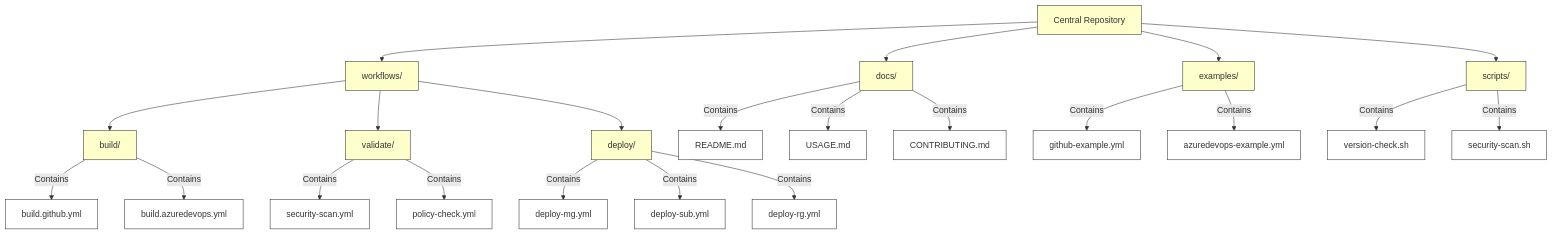
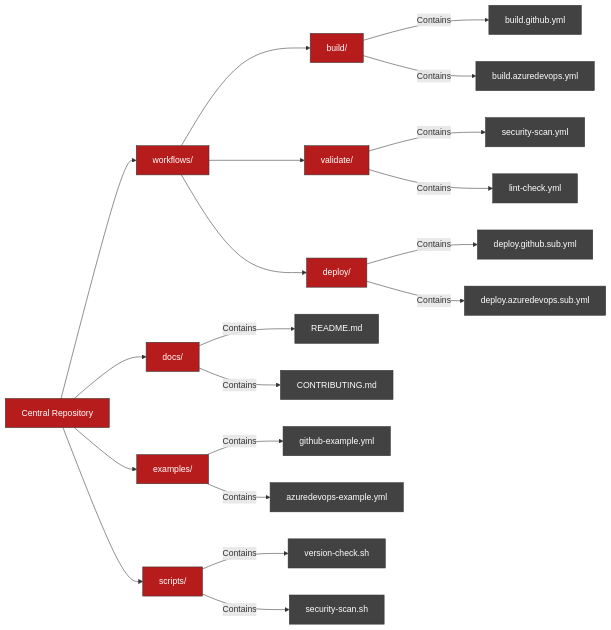
The sixth of 8 diagrams in _posts/2025-03-31-azure-iac-devops-series-central-pipelines.md (tw3lveparsecs/tw3lveparsecs.github.io), drawn with Mermaid before and after one commit. The commit also changed other lines of this file, not shown here.

````diff
--- a/_posts/2025-03-31-azure-iac-devops-series-central-pipelines.md
+++ b/_posts/2025-03-31-azure-iac-devops-series-central-pipelines.md
@@ -359,36 +372,34 @@
 ```mermaid
-graph TD
-    R[Central Repository] --> W[workflows/]
-    R --> D[docs/]
-    R --> E[examples/]
-    R --> S[scripts/]
+graph LR
+  R[Central Repository] --> W[workflows/]
+  R --> D[docs/]
+  R --> E[examples/]
+  R --> S[scripts/]
 
-    W --> B[build/]
-    W --> V[validate/]
-    W --> DP[deploy/]
+  W --> B[build/]
+  W --> V[validate/]
+  W --> DP[deploy/]
 
-    B --> |Contains| BG[build.github.yml]
-    B --> |Contains| BA[build.azuredevops.yml]
+  B --> |Contains| BG[build.github.yml]
+  B --> |Contains| BA[build.azuredevops.yml]
 
-    V --> |Contains| VS[security-scan.yml]
-    V --> |Contains| VP[policy-check.yml]
+  V --> |Contains| VS[security-scan.yml]
+  V --> |Contains| VP[lint-check.yml]
 
-    DP --> |Contains| DM[deploy-mg.yml]
-    DP --> |Contains| DS[deploy-sub.yml]
-    DP --> |Contains| DR[deploy-rg.yml]
+  DP --> |Contains| DM[deploy.github.sub.yml]
+  DP --> |Contains| DS[deploy.azuredevops.sub.yml]
 
-    D --> |Contains| RD[README.md]
-    D --> |Contains| UD[USAGE.md]
-    D --> |Contains| CM[CONTRIBUTING.md]
+  D --> |Contains| RD[README.md]
+  D --> |Contains| CM[CONTRIBUTING.md]
 
-    E --> |Contains| EG[github-example.yml]
-    E --> |Contains| EA[azuredevops-example.yml]
+  E --> |Contains| EG[github-example.yml]
+  E --> |Contains| EA[azuredevops-example.yml]
 
-    S --> |Contains| SV[version-check.sh]
-    S --> |Contains| SS[security-scan.sh]
+  S --> |Contains| SV[version-check.sh]
+  S --> |Contains| SS[security-scan.sh]
 
-    classDef folder fill:#ffc,stroke:#333,stroke-width:1px
-    classDef file fill:#fff,stroke:#333,stroke-width:1px
-    class R,W,D,E,S,B,V,DP folder
-    class BG,BA,VS,VP,DM,DS,DR,RD,UD,CM,EG,EA,SV,SS file
+  classDef folder fill:#b71c1c,color:#fff,stroke:#333,stroke-width:1px
+  classDef file fill:#424242,color:#fff,stroke:#333,stroke-width:1px
+  class R,W,D,E,S,B,V,DP folder
+  class BG,BA,VS,VP,DM,DS,DR,RD,UD,CM,EG,EA,SV,SS file
 ```
````
